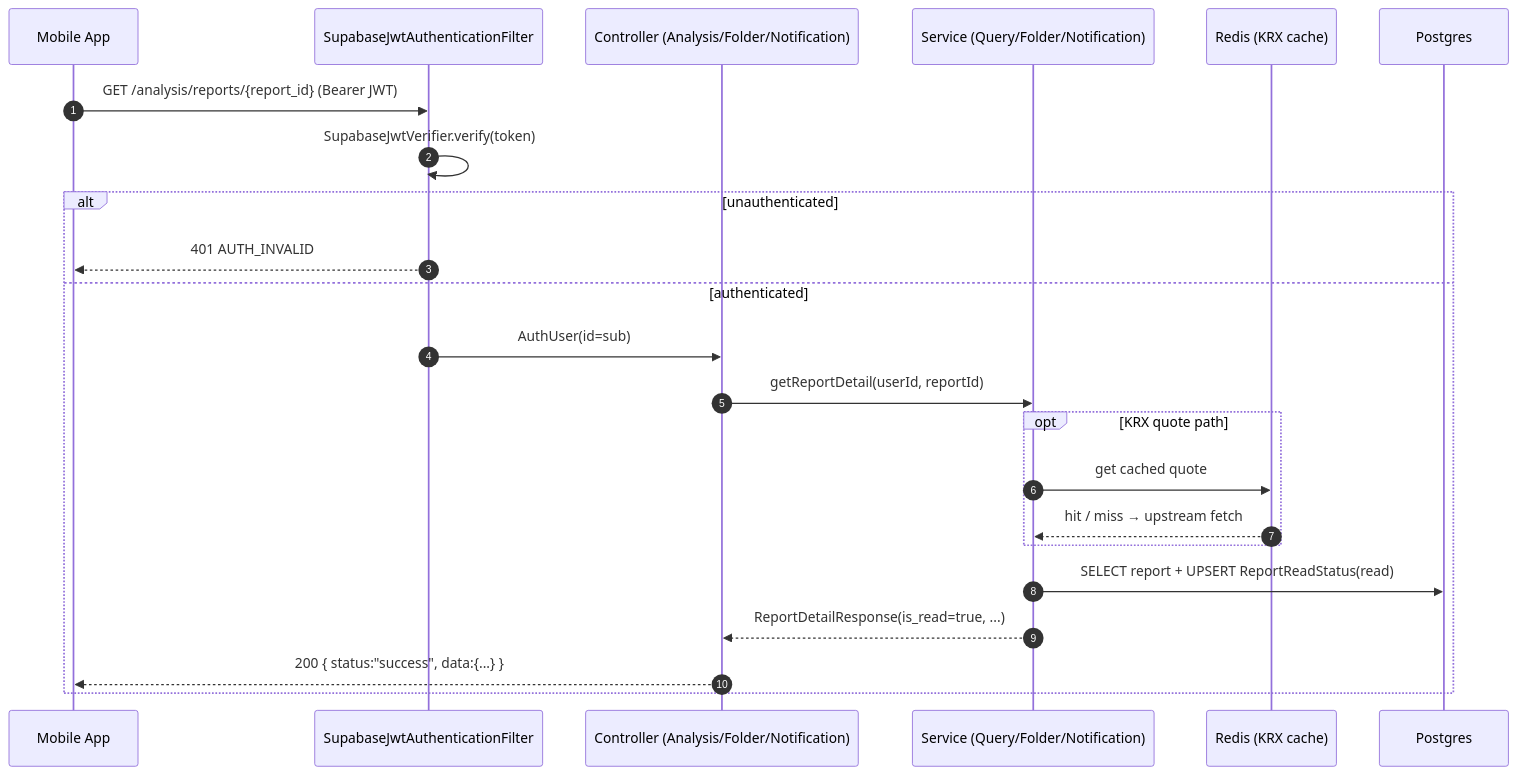
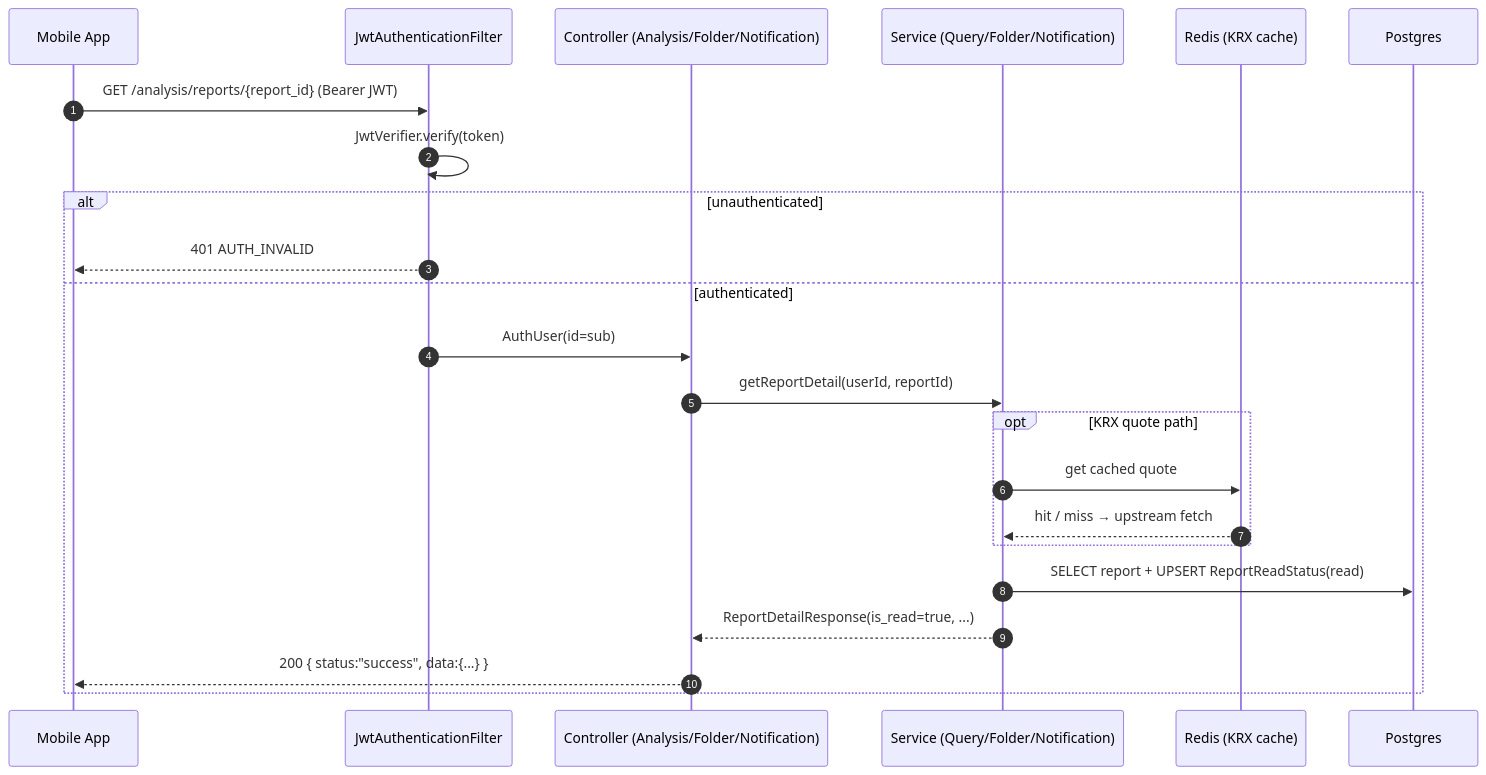
Before and after one commit to Hongik-graduProject/BE: the third of 3 diagrams in docs/architecture.md, drawn with Mermaid. The commit also changed other lines of this file and 41 other files, not shown here.

````diff
--- a/docs/architecture.md
+++ b/docs/architecture.md
@@ -107,26 +116,26 @@
 ```mermaid
 sequenceDiagram
     autonumber
     participant FE as Mobile App
-    participant Filter as SupabaseJwtAuthenticationFilter
+    participant Filter as JwtAuthenticationFilter
     participant Ctrl as Controller (Analysis/Folder/Notification)
     participant Svc as Service (Query/Folder/Notification)
     participant Redis as Redis (KRX cache)
     participant DB as Postgres
 
     FE->>Filter: GET /analysis/reports/{report_id} (Bearer JWT)
-    Filter->>Filter: SupabaseJwtVerifier.verify(token)
+    Filter->>Filter: JwtVerifier.verify(token)
     alt unauthenticated
         Filter-->>FE: 401 AUTH_INVALID
     else authenticated
         Filter->>Ctrl: AuthUser(id=sub)
         Ctrl->>Svc: getReportDetail(userId, reportId)
         opt KRX quote path
             Svc->>Redis: get cached quote
             Redis-->>Svc: hit / miss → upstream fetch
         end
         Svc->>DB: SELECT report + UPSERT ReportReadStatus(read)
         Svc-->>Ctrl: ReportDetailResponse(is_read=true, ...)
         Ctrl-->>FE: 200 { status:"success", data:{...} }
     end
 ```
````
